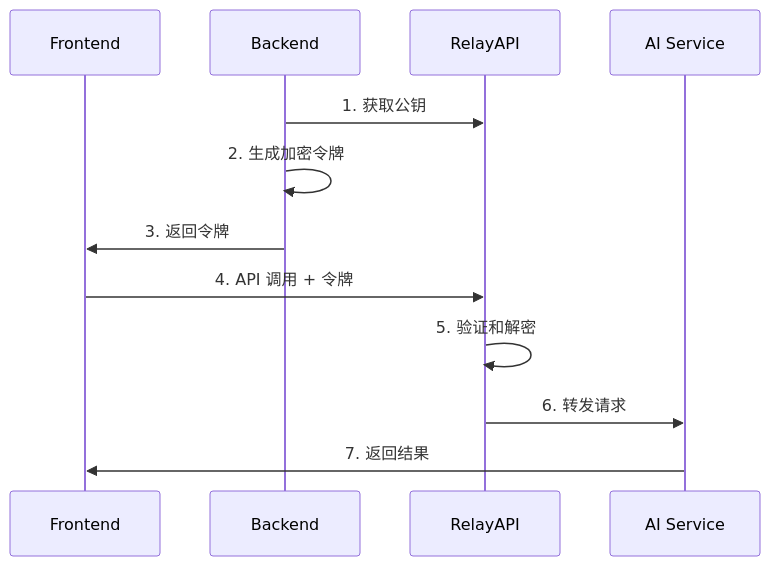
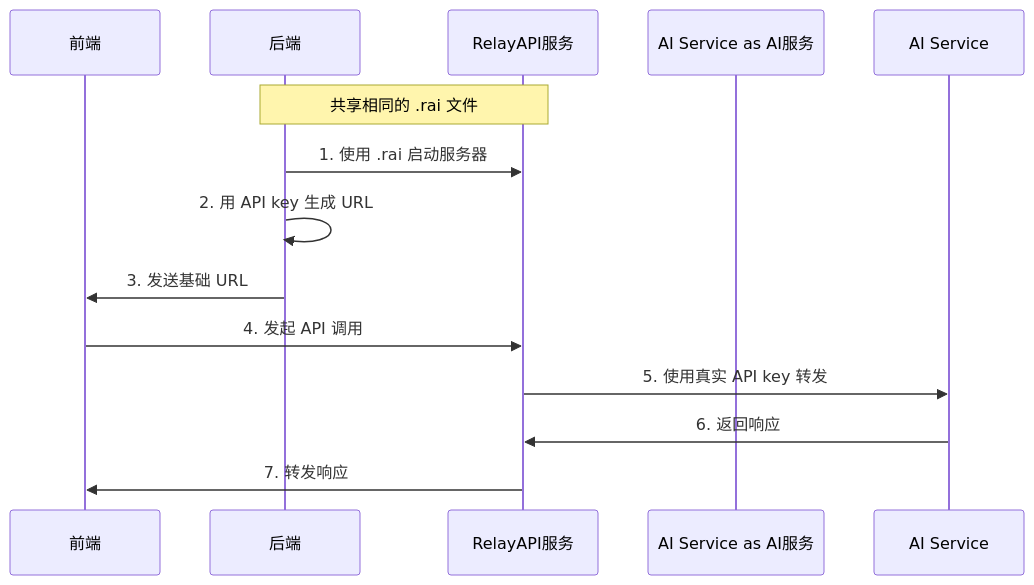
One commit to relayapi/RelayAPI changed the first of 2 diagrams in README_CN.md. Above: the diagram before and after it, drawn with Mermaid. The commit also changed other lines of this file, not shown here.

````diff
--- a/README_CN.md
+++ b/README_CN.md
@@ -35,15 +38,16 @@
 ```mermaid
 sequenceDiagram
-    participant F as Frontend
-    participant B as Backend
-    participant R as RelayAPI
-    participant A as AI Service
+    participant Frontend as 前端
+    participant Backend as 后端
+    participant RelayAPI as RelayAPI服务
+    participant AI Service as AI服务
 
-    B->>R: 1. 获取公钥
-    B->>B: 2. 生成加密令牌
-    B->>F: 3. 返回令牌
-    F->>R: 4. API 调用 + 令牌
-    R->>R: 5. 验证和解密
-    R->>A: 6. 转发请求
-    A->>F: 7. 返回结果
+    Note over Backend,RelayAPI: 共享相同的 .rai 文件
+    Backend->>RelayAPI: 1. 使用 .rai 启动服务器
+    Backend->>Backend: 2. 用 API key 生成 URL
+    Backend->>Frontend: 3. 发送基础 URL
+    Frontend->>RelayAPI: 4. 发起 API 调用
+    RelayAPI->>AI Service: 5. 使用真实 API key 转发
+    AI Service->>RelayAPI: 6. 返回响应
+    RelayAPI->>Frontend: 7. 转发响应
 ```
````
